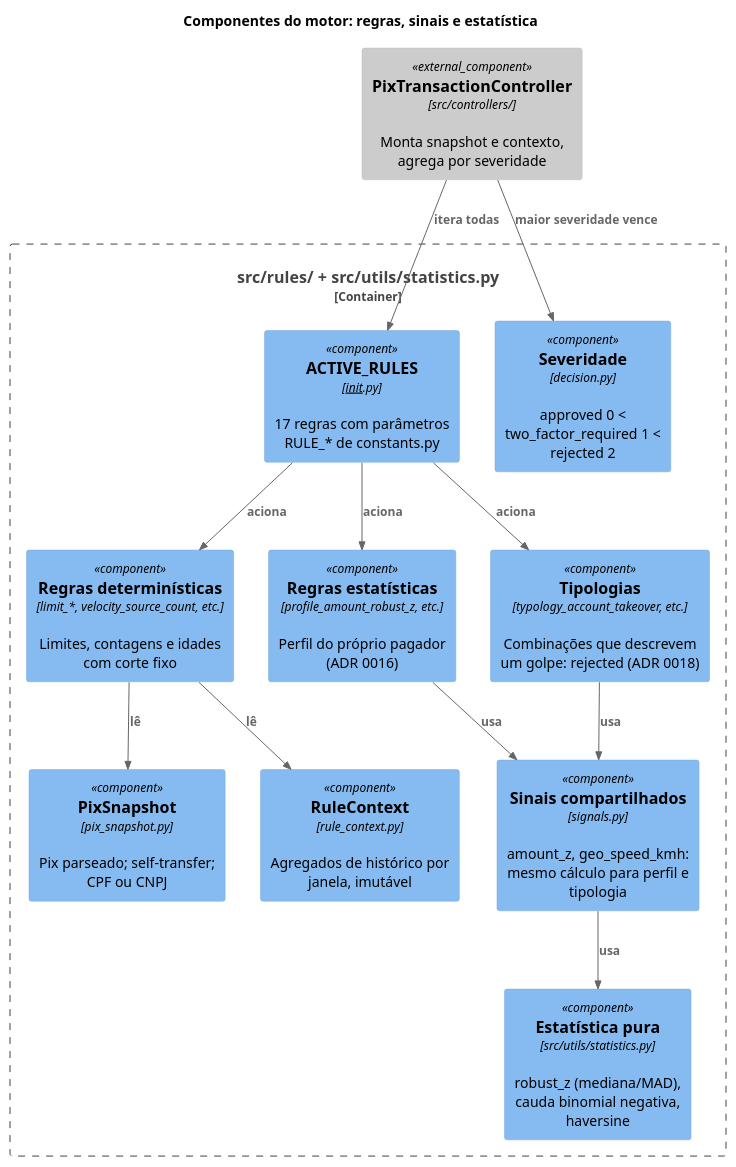
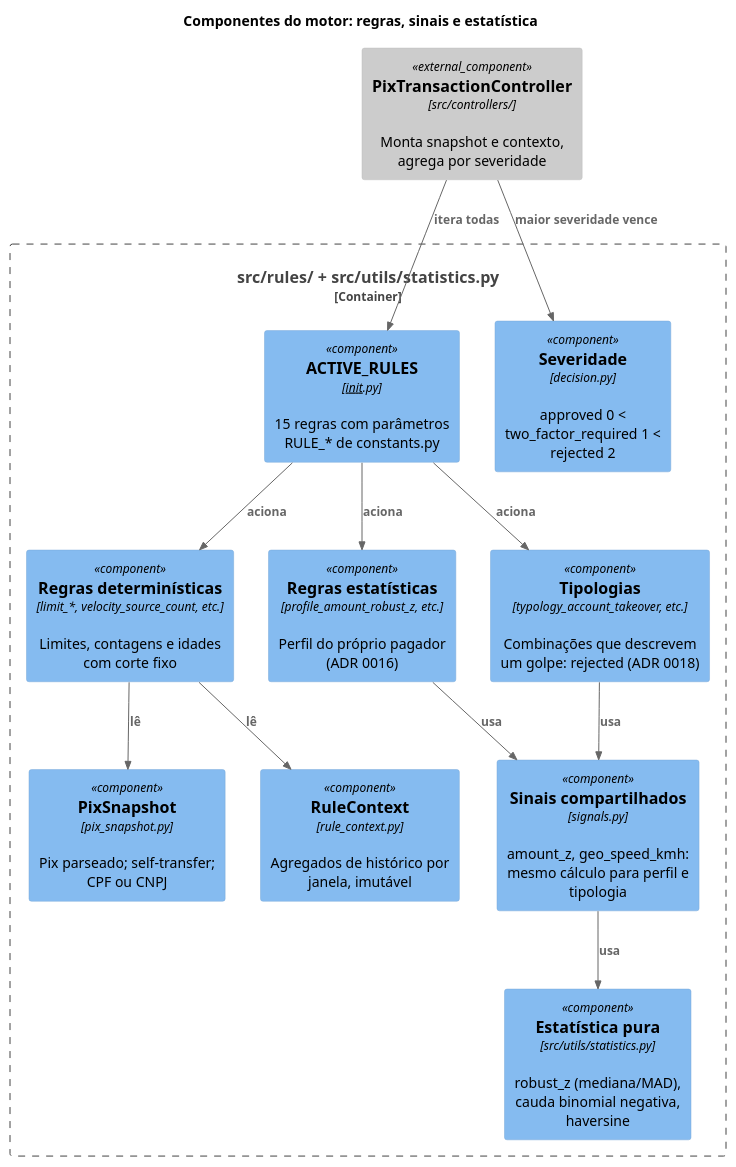
Before and after one commit to phprestes/Hackathon-Anti-Fraud-Pix: the diagram in docs/02-arquitetura/diagramas/c4-componentes-motor.puml, drawn with PlantUML. The commit also changed 31 other files, not shown here.

```diff
--- a/docs/02-arquitetura/diagramas/c4-componentes-motor.puml
+++ b/docs/02-arquitetura/diagramas/c4-componentes-motor.puml
@@ -1,31 +1,31 @@
 @startuml
 !include https://raw.githubusercontent.com/plantuml-stdlib/C4-PlantUML/master/C4_Component.puml
 
 title Componentes do motor: regras, sinais e estatística
 
 Component_Ext(controller, "PixTransactionController", "src/controllers/", "Monta snapshot e contexto, agrega por severidade")
 
 Container_Boundary(rules_boundary, "src/rules/ + src/utils/statistics.py") {
     Component(snapshot, "PixSnapshot", "pix_snapshot.py", "Pix parseado; self-transfer; CPF ou CNPJ")
     Component(context, "RuleContext", "rule_context.py", "Agregados de histórico por janela, imutável")
-    Component(registry, "ACTIVE_RULES", "__init__.py", "17 regras com parâmetros RULE_* de constants.py")
+    Component(registry, "ACTIVE_RULES", "__init__.py", "15 regras com parâmetros RULE_* de constants.py")
     Component(det, "Regras determinísticas", "limit_*, velocity_source_count, etc.", "Limites, contagens e idades com corte fixo")
     Component(stat, "Regras estatísticas", "profile_amount_robust_z, etc.", "Perfil do próprio pagador (ADR 0016)")
     Component(typo, "Tipologias", "typology_account_takeover, etc.", "Combinações que descrevem um golpe: rejected (ADR 0018)")
     Component(signals, "Sinais compartilhados", "signals.py", "amount_z, geo_speed_kmh: mesmo cálculo para perfil e tipologia")
     Component(statistics, "Estatística pura", "src/utils/statistics.py", "robust_z (mediana/MAD), cauda binomial negativa, haversine")
     Component(decision, "Severidade", "decision.py", "approved 0 < two_factor_required 1 < rejected 2")
 }
 
 Rel(controller, registry, "itera todas")
 Rel(registry, det, "aciona")
 Rel(registry, stat, "aciona")
 Rel(registry, typo, "aciona")
 Rel(det, snapshot, "lê")
 Rel(det, context, "lê")
 Rel(stat, signals, "usa")
 Rel(typo, signals, "usa")
 Rel(signals, statistics, "usa")
 Rel(controller, decision, "maior severidade vence")
 
 @enduml
```
